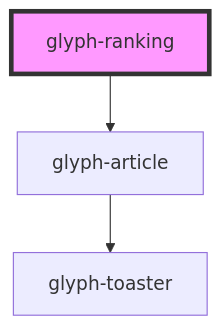
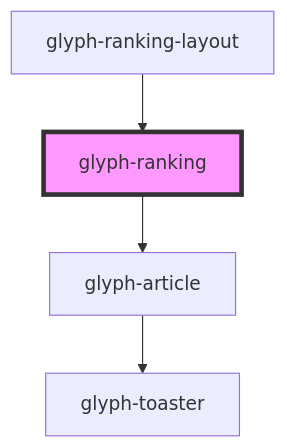
The diagram in packages/glyph-components/src/components/ranking/readme.md (adrianiy/synth-ui), drawn with Mermaid before and after one commit. The commit also changed other lines of this file and 18 other files, not shown here.

Commit message:
feat(ranking): add ranking layout with header options

````diff
--- a/packages/glyph-components/src/components/ranking/readme.md
+++ b/packages/glyph-components/src/components/ranking/readme.md
@@ -32,6 +36,7 @@
 ```mermaid
 graph TD;
   glyph-ranking --> glyph-article
   glyph-article --> glyph-toaster
+  glyph-ranking-layout --> glyph-ranking
   style glyph-ranking fill:#f9f,stroke:#333,stroke-width:4px
 ```
````
